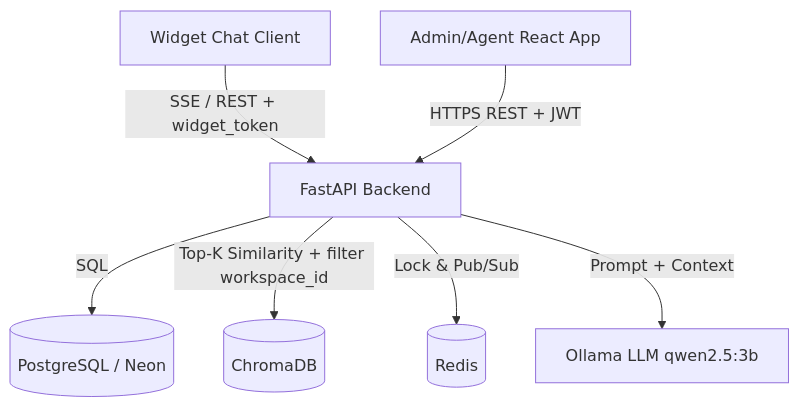
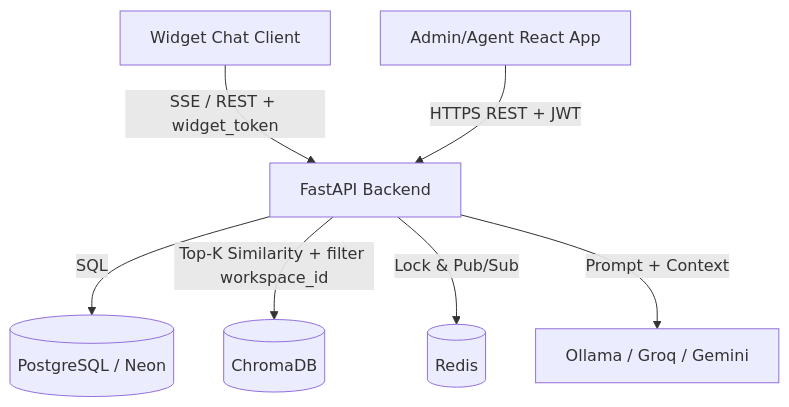
One commit to uncletanh/CNPM-Group-1 changed the diagram in FINAL_REPORT.md. Above: the diagram before and after it, drawn with Mermaid. The commit also changed other lines of this file and 12 other files, not shown here.

Commit message:
feat: add Groq and Gemini LLM fallback

````diff
--- a/FINAL_REPORT.md
+++ b/FINAL_REPORT.md
@@ -64,9 +64,9 @@
 ```mermaid
 graph TD
     A[Widget Chat Client] -->|SSE / REST + widget_token| C[FastAPI Backend]
     B[Admin/Agent React App] -->|HTTPS REST + JWT| C
     C -->|SQL| D[(PostgreSQL / Neon)]
     C -->|Top-K Similarity + filter workspace_id| E[(ChromaDB)]
     C -->|Lock & Pub/Sub| F[(Redis)]
-    C -->|Prompt + Context| G[Ollama LLM qwen2.5:3b]
+    C -->|Prompt + Context| G[Ollama / Groq / Gemini]
 ```
````
